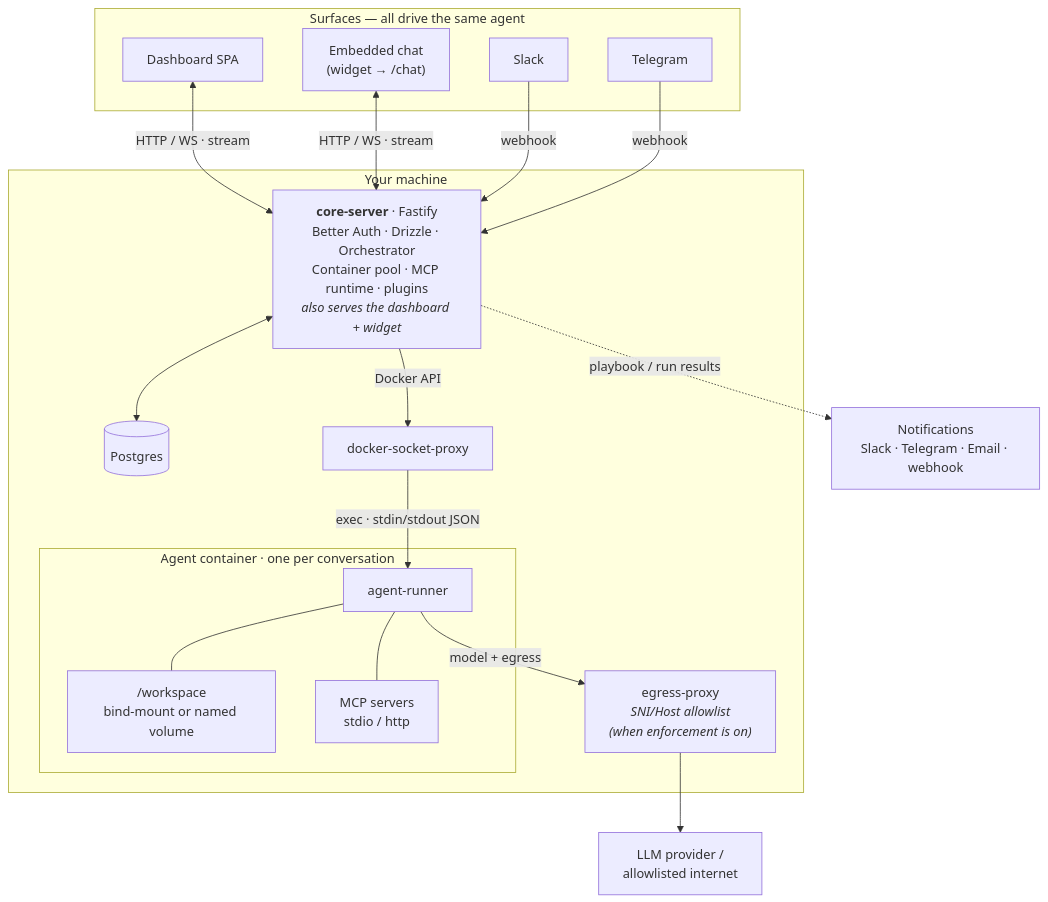
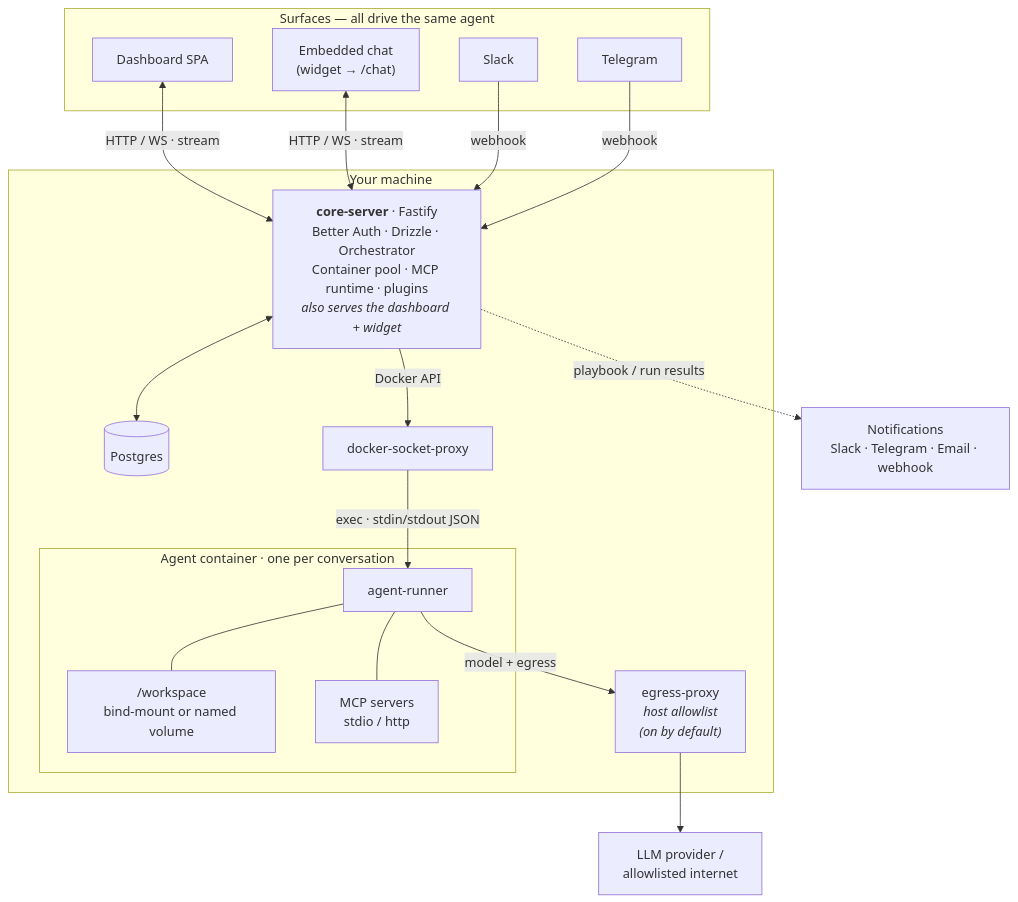
One commit to vonzio/vonzio changed the diagram in README.md. Above: the diagram before and after it, drawn with Mermaid. The commit also changed other lines of this file and 24 other files, not shown here.

First line of the commit message:
feat: enforce agent egress by default (#409)

````diff
--- a/README.md
+++ b/README.md
@@ -86,37 +86,37 @@
 ```mermaid
 flowchart TB
   subgraph SURFACES["Surfaces — all drive the same agent"]
     DASH["Dashboard SPA"]
     EMBED["Embedded chat<br/>(widget → /chat)"]
     SLACK["Slack"]
     TG["Telegram"]
   end
 
   subgraph HOST["Your machine"]
     CS["<b>core-server</b> · Fastify<br/>Better Auth · Drizzle · Orchestrator<br/>Container pool · MCP runtime · plugins<br/><i>also serves the dashboard + widget</i>"]
     PG[("Postgres")]
     DSP["docker-socket-proxy"]
-    EG["egress-proxy<br/><i>SNI/Host allowlist<br/>(when enforcement is on)</i>"]
+    EG["egress-proxy<br/><i>host allowlist<br/>(on by default)</i>"]
     subgraph AGENT["Agent container · one per conversation"]
       RUN["agent-runner"]
       WS["/workspace<br/>bind-mount or named volume"]
       MCP["MCP servers<br/>stdio / http"]
     end
   end
 
   LLM["LLM provider /<br/>allowlisted internet"]
   NOTIFY["Notifications<br/>Slack · Telegram · Email · webhook"]
 
   DASH <-->|"HTTP / WS · stream"| CS
   EMBED <-->|"HTTP / WS · stream"| CS
   SLACK -->|"webhook"| CS
   TG -->|"webhook"| CS
   CS <--> PG
   CS -->|"Docker API"| DSP
   DSP -->|"exec · stdin/stdout JSON"| RUN
   RUN --- WS
   RUN --- MCP
   RUN -->|"model + egress"| EG
   EG --> LLM
   CS -.->|"playbook / run results"| NOTIFY
 ```
````
